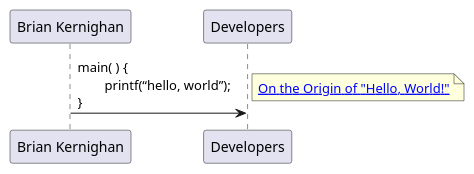
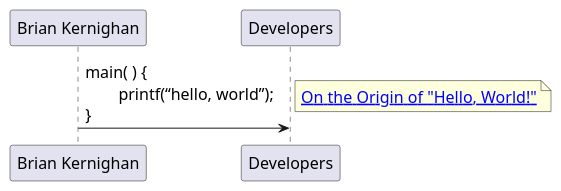
Diagram 12 of 12 in plantuml_demo.md (dragondive/plantuml_demo), drawn with PlantUML before and after one commit. The commit also changed other lines of this file, not shown here.

````diff
--- a/plantuml_demo.md
+++ b/plantuml_demo.md
@@ -387,7 +388,8 @@
 ```plantuml
 @startuml
 skinparam DefaultFontName Courier New
+skinparam DefaultFontSize 16
 "Brian Kernighan" -> Developers : main( ) {\n        printf(“hello, world”);\n}
 note right : [[https://ozanerhansha.medium.com/on-the-origin-of-hello-world-61bfe98196d5 On the Origin of "Hello, World!"]]
 @enduml
 ```
````
